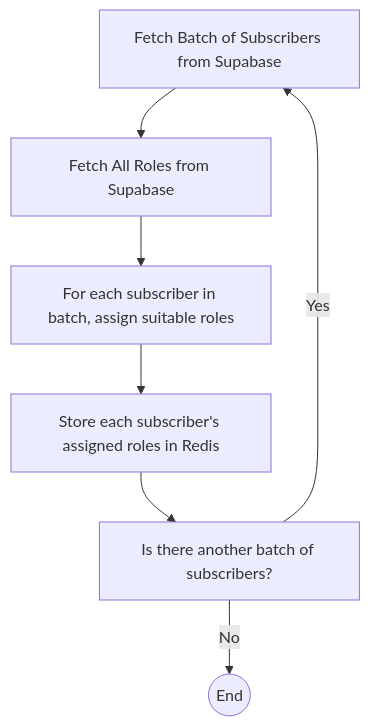
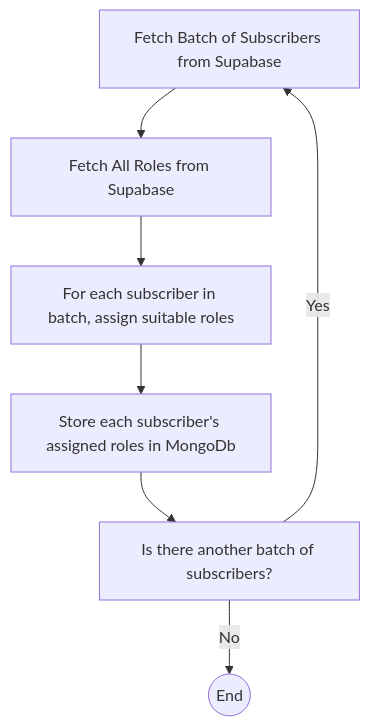
One commit to ocodista/trampar-de-casa changed the first of 2 diagrams in apps/auto-email-sender/roles-assigner/README.md. Above: the diagram before and after it, drawn with Mermaid. The commit also changed other lines of this file and 2 other files, not shown here.

````diff
--- a/apps/auto-email-sender/roles-assigner/README.md
+++ b/apps/auto-email-sender/roles-assigner/README.md
@@ -42,9 +42,9 @@
 ```mermaid
 graph TD
   A[Fetch Batch of Subscribers from Supabase] --> B[Fetch All Roles from Supabase]
   B --> C[For each subscriber in batch, assign suitable roles]
-  C --> D[Store each subscriber's assigned roles in Redis]
+  C --> D[Store each subscriber's assigned roles in MongoDb]
   D --> E[Is there another batch of subscribers?]
   E -->|Yes| A
   E -->|No| F((End))
 ```
````
